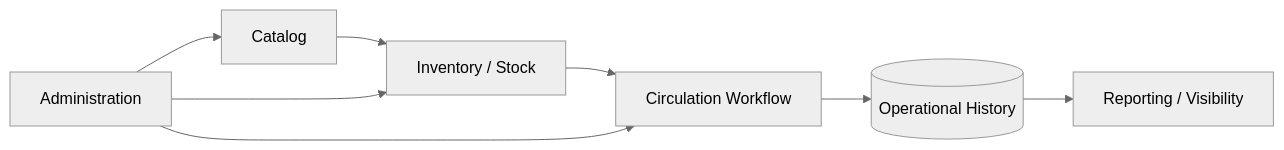
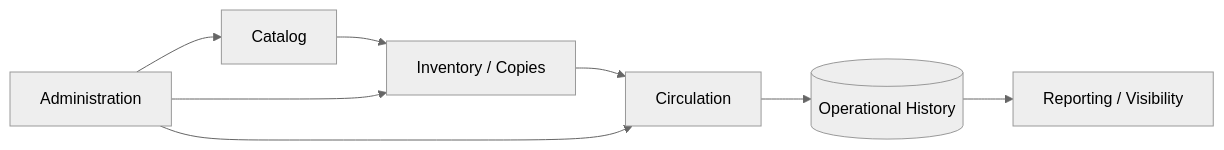
Before and after one commit to tahakubilay/library-management-system: the diagram in README.md, drawn with Mermaid (neutral theme). The commit also changed other lines of this file, not shown here.

````diff
--- a/README.md
+++ b/README.md
@@ -74,10 +28,10 @@
 ```mermaid
 flowchart LR
-    CATALOG[Catalog] --> STOCK[Inventory / Stock]
-    STOCK --> CIRC[Circulation Workflow]
+    CATALOG[Catalog] --> STOCK[Inventory / Copies]
+    STOCK --> CIRC[Circulation]
     CIRC --> HISTORY[(Operational History)]
     HISTORY --> REPORT[Reporting / Visibility]
     ADMIN[Administration] --> CATALOG
     ADMIN --> STOCK
     ADMIN --> CIRC
 ```
````
